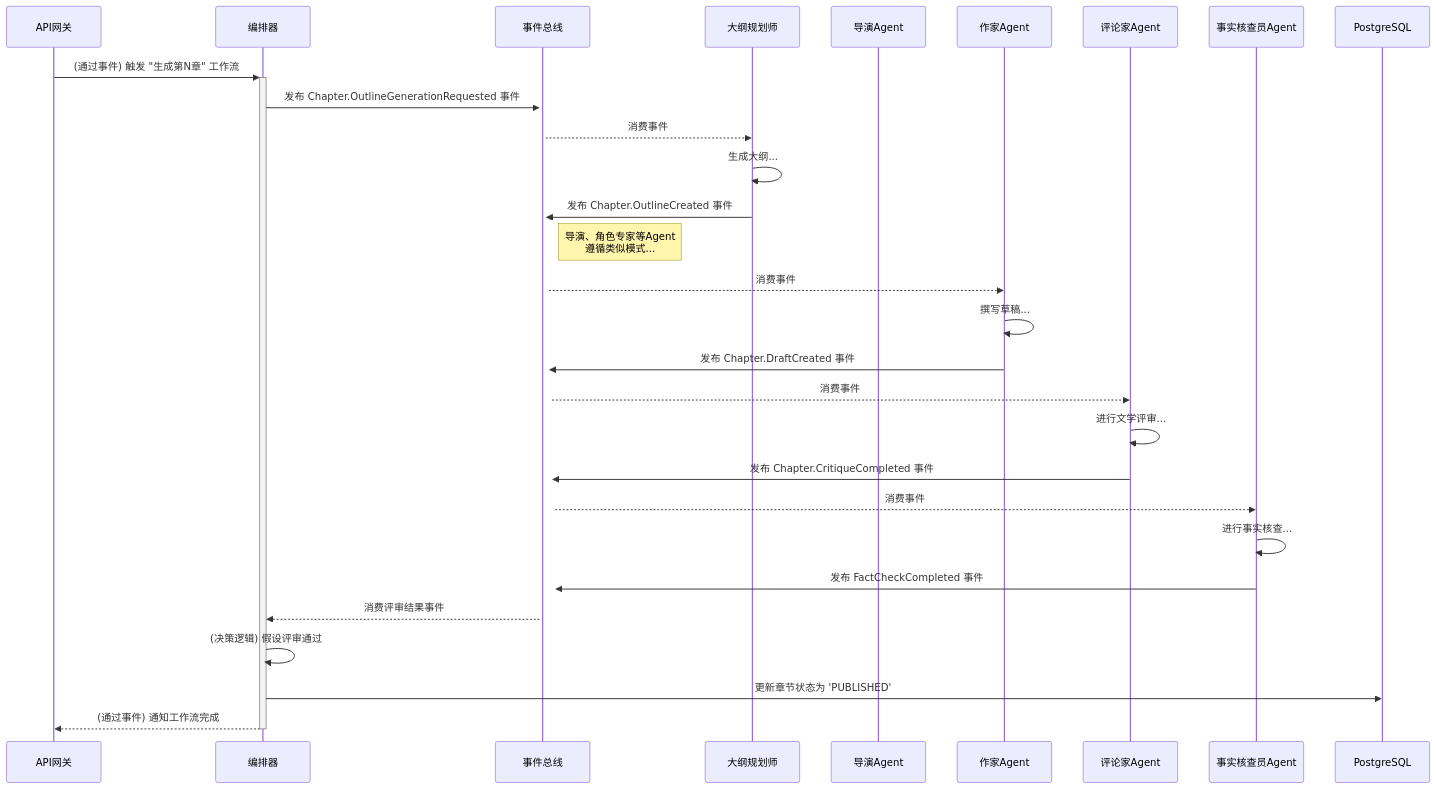
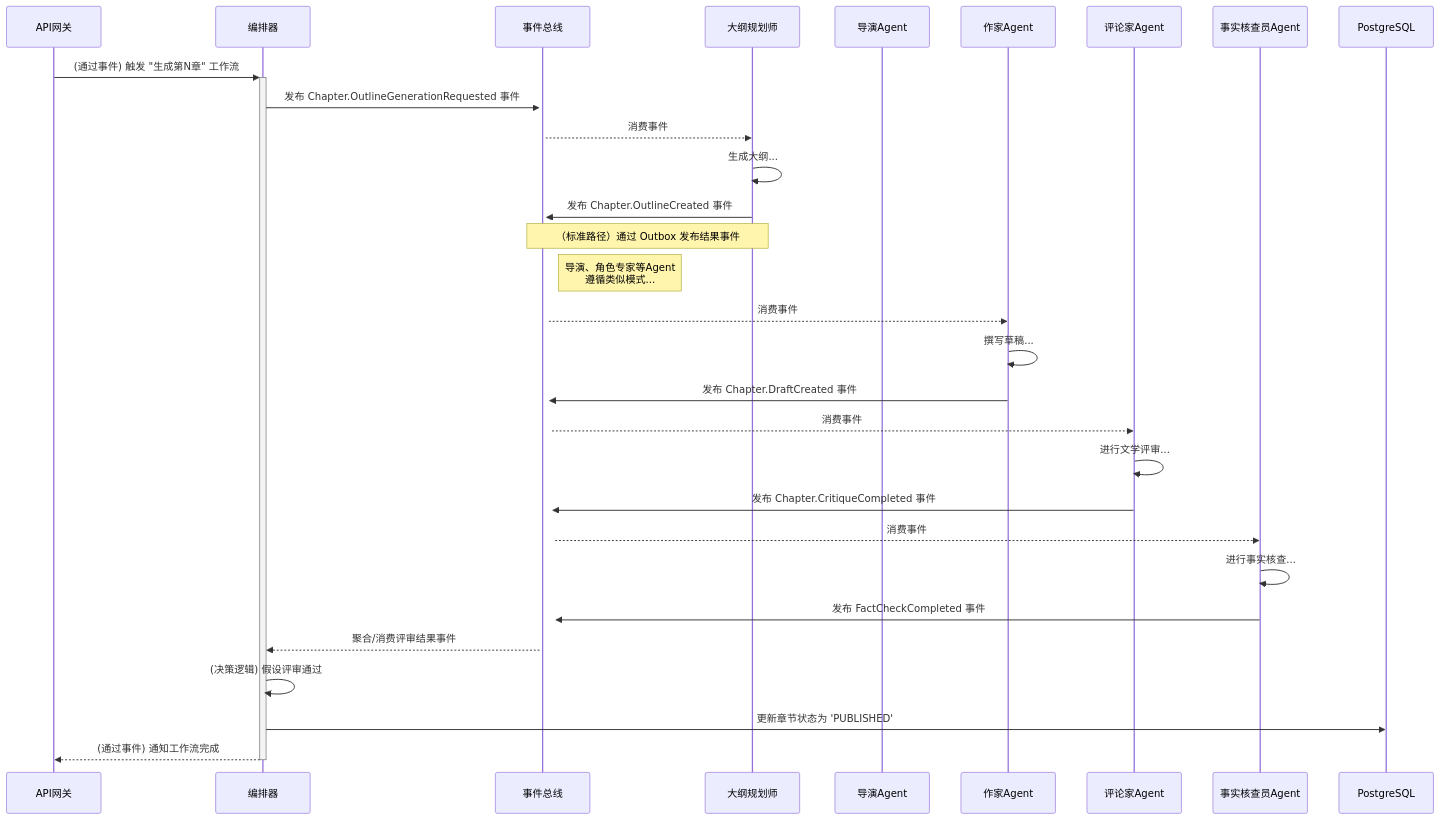
One commit to zhiyue/infinite-scribe changed the second of 3 diagrams in docs/architecture/core-workflows.md. Above: the diagram before and after it, drawn with Mermaid. The commit also changed other lines of this file, not shown here.

````diff
--- a/docs/architecture/core-workflows.md
+++ b/docs/architecture/core-workflows.md
@@ -95,39 +98,44 @@
 ```mermaid
 sequenceDiagram
     participant APIGW as API网关
     participant Prefect as 编排器
     participant Kafka as 事件总线
     participant OL_Agent as 大纲规划师
     participant DIR_Agent as 导演Agent
     participant WR_Agent as 作家Agent
     participant CR_Agent as 评论家Agent
     participant FC_Agent as 事实核查员Agent
     participant PG_DB as PostgreSQL
 
+    %% ======================= 阶段一: 启动章节生成 =======================
     APIGW->>+Prefect: (通过事件) 触发 "生成第N章" 工作流
 
+    %% ======================= 阶段二: 大纲生成 =======================
     Prefect->>+Kafka: 发布 Chapter.OutlineGenerationRequested 事件
     Kafka-->>OL_Agent: 消费事件
     OL_Agent->>OL_Agent: 生成大纲...
     OL_Agent->>+Kafka: 发布 Chapter.OutlineCreated 事件
+    Note over OL_Agent,Kafka: （标准路径）通过 Outbox 发布结果事件
 
     Note right of Kafka: 导演、角色专家等Agent<br/>遵循类似模式...
 
+    %% ======================= 阶段三: 草稿撰写 =======================
     Kafka-->>WR_Agent: 消费事件
     WR_Agent->>WR_Agent: 撰写草稿...
     WR_Agent->>+Kafka: 发布 Chapter.DraftCreated 事件
 
-    %% 并行评审
+    %% ======================= 阶段四: 并行评审 =======================
     Kafka-->>CR_Agent: 消费事件
     CR_Agent->>CR_Agent: 进行文学评审...
     CR_Agent->>+Kafka: 发布 Chapter.CritiqueCompleted 事件
 
     Kafka-->>FC_Agent: 消费事件
     FC_Agent->>FC_Agent: 进行事实核查...
     FC_Agent->>+Kafka: 发布 FactCheckCompleted 事件
 
-    Kafka-->>Prefect: 消费评审结果事件
+    %% ======================= 阶段五: 决策与发布 =======================
+    Kafka-->>Prefect: 聚合/消费评审结果事件
     Prefect->>Prefect: (决策逻辑) 假设评审通过
     Prefect->>PG_DB: 更新章节状态为 'PUBLISHED'
     Prefect-->>-APIGW: (通过事件) 通知工作流完成
 ```
````
